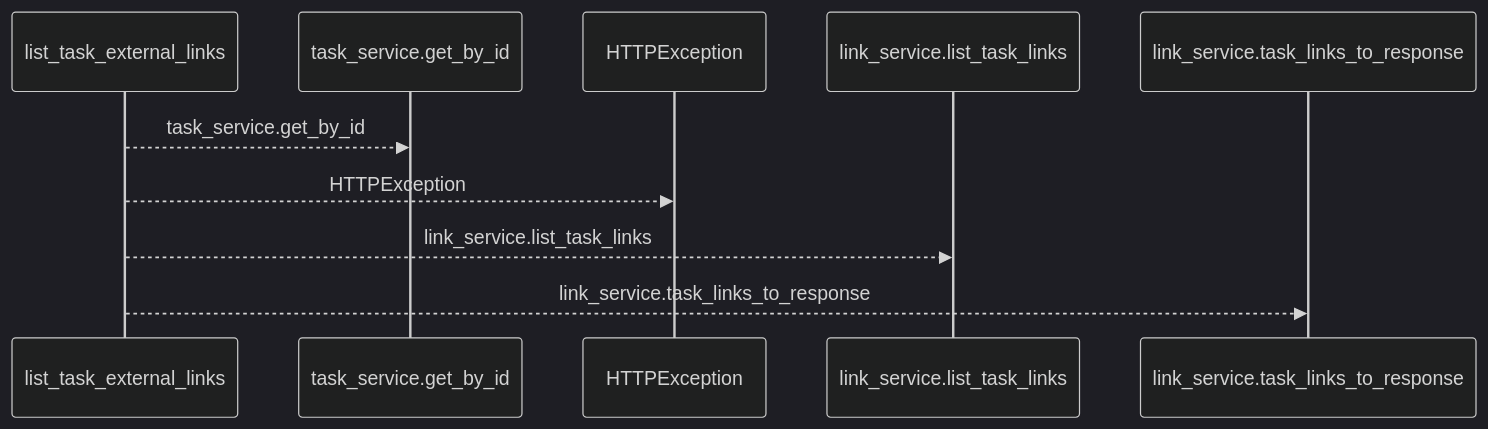
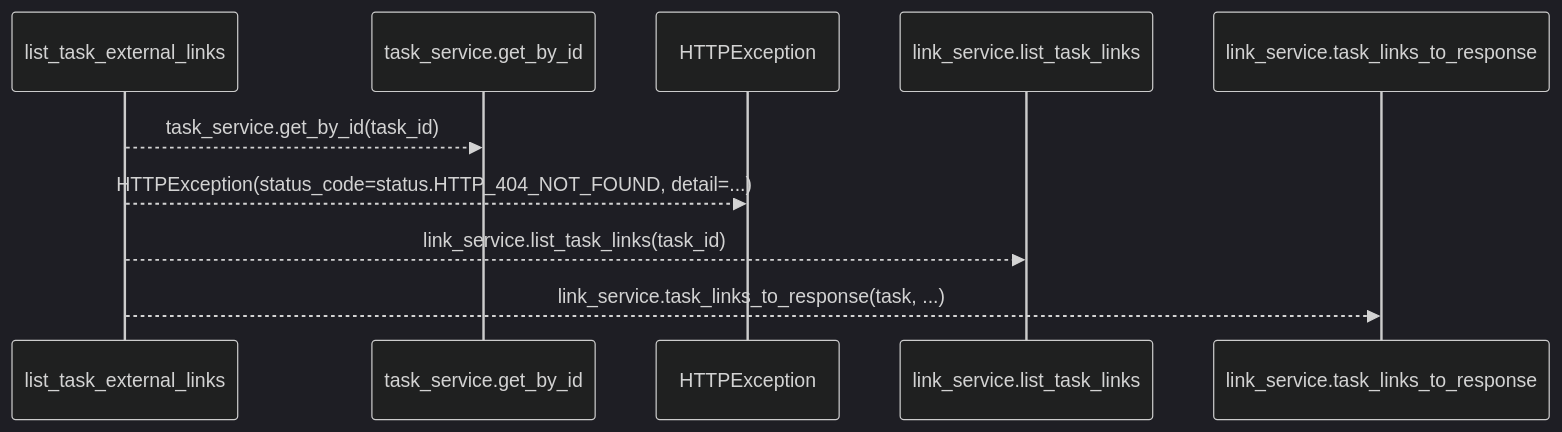
The first of 2 diagrams in docs/llm_wiki/flows/http-list_task_external_links.md (Denissvgn/WorkChord), drawn with Mermaid (dark theme) before and after one commit. The commit also changed other lines of this file and 25171 other files, not shown here.

````diff
--- a/docs/llm_wiki/flows/http-list_task_external_links.md
+++ b/docs/llm_wiki/flows/http-list_task_external_links.md
@@ -10,12 +12,12 @@
 ```mermaid
 sequenceDiagram
     participant p0 as list_task_external_links
     participant p1 as task_service.get_by_id
     participant p2 as HTTPException
     participant p3 as link_service.list_task_links
     participant p4 as link_service.task_links_to_response
-    p0-->>p1: task_service.get_by_id
-    p0-->>p2: HTTPException
-    p0-->>p3: link_service.list_task_links
-    p0-->>p4: link_service.task_links_to_response
+    p0-->>p1: task_service.get_by_id(task_id)
+    p0-->>p2: HTTPException(status_code=status.HTTP_404_NOT_FOUND, detail=...)
+    p0-->>p3: link_service.list_task_links(task_id)
+    p0-->>p4: link_service.task_links_to_response(task, ...)
 ```
````
